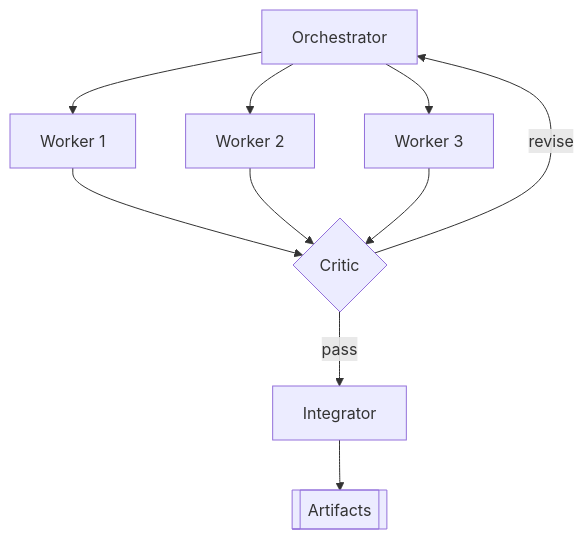
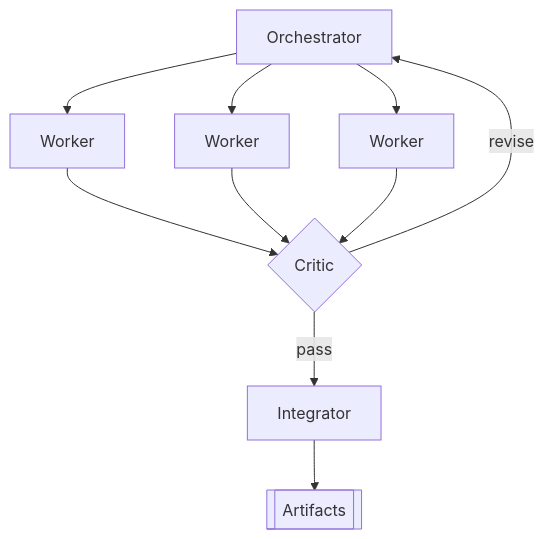
Before and after one commit to JNK234/claude-dotfiles: the third of 14 diagrams in research/autonomous-agent-fleet.md, drawn with Mermaid. The commit also changed other lines of this file, not shown here.

First line of the commit message:
Revise design doc to v3 after adversarial critique round 1

````diff
--- a/research/autonomous-agent-fleet.md
+++ b/research/autonomous-agent-fleet.md
@@ -232,12 +237,8 @@
 ```mermaid
 flowchart TB
-    O[Orchestrator] --> T1[Worker 1]
-    O --> T2[Worker 2]
-    O --> T3[Worker 3]
-    T1 --> V{Critic}
-    T2 --> V
-    T3 --> V
-    V -->|pass| M[Integrator]
-    V -->|revise| O
-    M --> A[[Artifacts]]
+  O[Orchestrator]-->T1[Worker]-->V{Critic}
+  O-->T2[Worker]-->V
+  O-->T3[Worker]-->V
+  V-->|pass|M[Integrator]-->A[[Artifacts]]
+  V-->|revise|O
 ```
````
